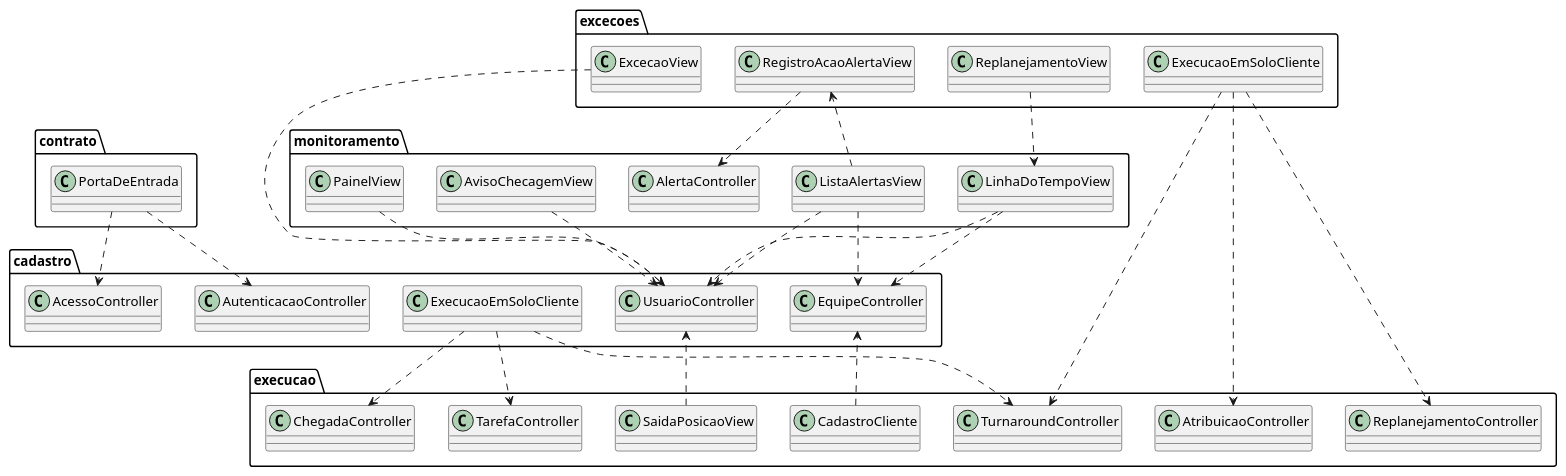
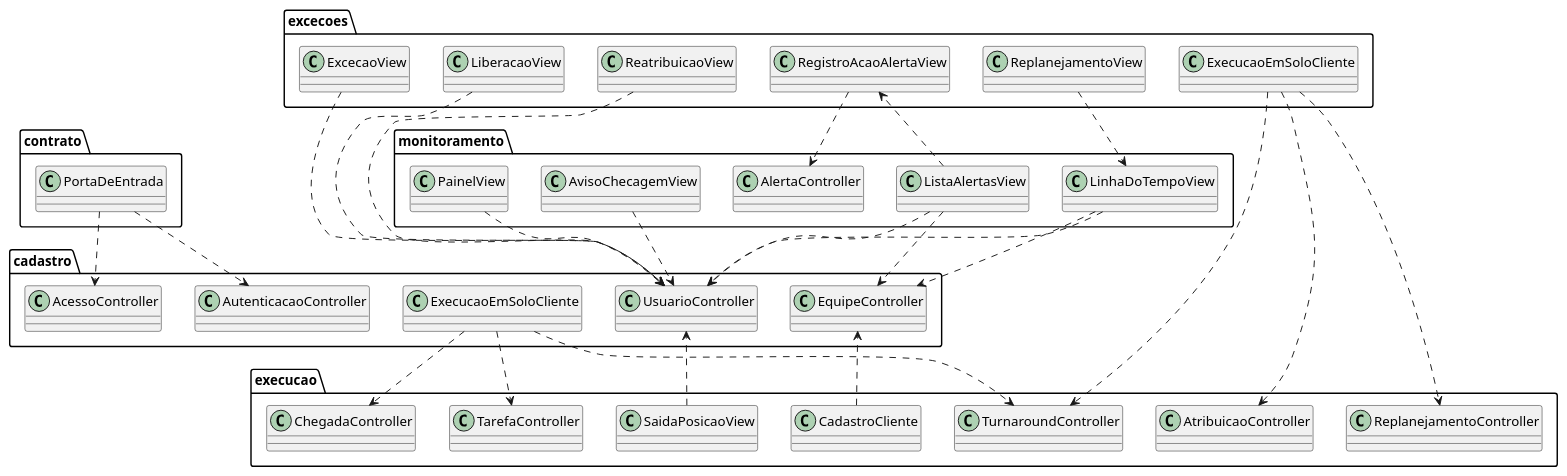
The diagram in especificacao/diagramas/13-classes-ligacoes.iuml (Aircraft-Turnaround-Operations-Manager/aircraft-turnaround-docs), drawn with PlantUML before and after one commit. The commit also changed 37 other files, not shown here.

```diff
--- a/especificacao/diagramas/13-classes-ligacoes.iuml
+++ b/especificacao/diagramas/13-classes-ligacoes.iuml
@@ -1,24 +1,26 @@
 ' Item 13 (T13, issue #145) — dependências entre serviços, incluídas depois de todas as classes para que as vistas
 ' as desenhem. Só tela → tela ou controle (o site é um só), cliente → controle do outro serviço e porta de entrada →
 ' Cadastro (seção 13.1). conferir_classes.py confere que nenhuma outra relação cruza serviços.
 
 contrato.PortaDeEntrada ..> cadastro.AcessoController
 contrato.PortaDeEntrada ..> cadastro.AutenticacaoController
 cadastro.ExecucaoEmSoloCliente ..> execucao.TurnaroundController
 cadastro.ExecucaoEmSoloCliente ..> execucao.ChegadaController
 cadastro.ExecucaoEmSoloCliente ..> execucao.TarefaController
 execucao.SaidaPosicaoView ..> cadastro.UsuarioController
 excecoes.ExcecaoView ..> cadastro.UsuarioController
+excecoes.LiberacaoView ..> cadastro.UsuarioController
+excecoes.ReatribuicaoView ..> cadastro.UsuarioController
 monitoramento.PainelView ..> cadastro.UsuarioController
 execucao.CadastroCliente ..> cadastro.EquipeController
 monitoramento.LinhaDoTempoView ..> cadastro.UsuarioController
 monitoramento.LinhaDoTempoView ..> cadastro.EquipeController
 monitoramento.ListaAlertasView ..> cadastro.UsuarioController
 monitoramento.ListaAlertasView ..> cadastro.EquipeController
 monitoramento.AvisoChecagemView ..> cadastro.UsuarioController
 monitoramento.ListaAlertasView ..> excecoes.RegistroAcaoAlertaView
 excecoes.RegistroAcaoAlertaView ..> monitoramento.AlertaController
 excecoes.ReplanejamentoView ..> monitoramento.LinhaDoTempoView
 excecoes.ExecucaoEmSoloCliente ..> execucao.TurnaroundController
 excecoes.ExecucaoEmSoloCliente ..> execucao.AtribuicaoController
 excecoes.ExecucaoEmSoloCliente ..> execucao.ReplanejamentoController
```
